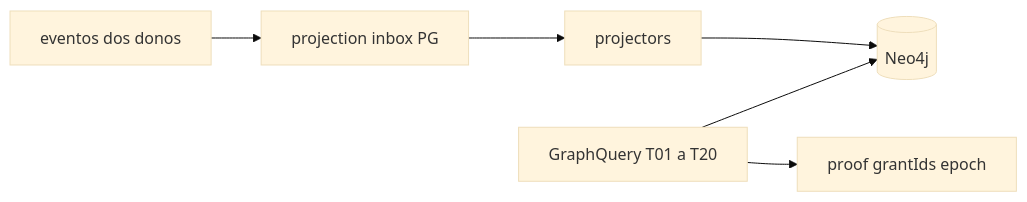
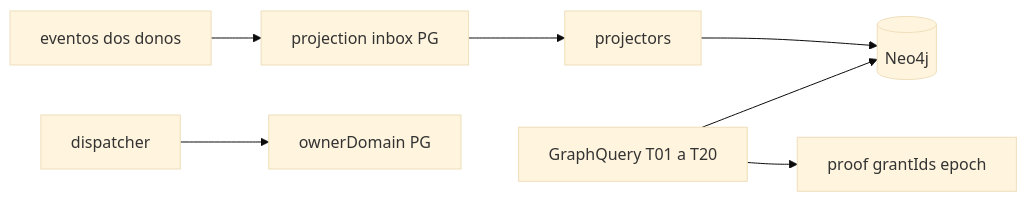
One commit to jcafeitosa/anxionOS changed the diagram in docs/orchestration/modules/graph/R01-context.md. Above: the diagram before and after it, drawn with Mermaid (base theme). The commit also changed other lines of this file and 1 other file, not shown here.

Commit message:
Auto-save: Updated docs/orchestration/modules/graph/R01-context.md, docs/orchestration/modules/graph/R03-domain-sketch.md

````diff
--- a/docs/orchestration/modules/graph/R01-context.md
+++ b/docs/orchestration/modules/graph/R01-context.md
@@ -29,8 +73,9 @@
 ```mermaid
 flowchart LR
   ev[eventos dos donos] --> inbox[projection inbox PG]
   inbox --> proj[projectors]
   proj --> neo[(Neo4j)]
   q[GraphQuery T01 a T20] --> neo
   q --> proof[proof grantIds epoch]
+  disp[dispatcher] --> owner[ownerDomain PG]
 ```
````
